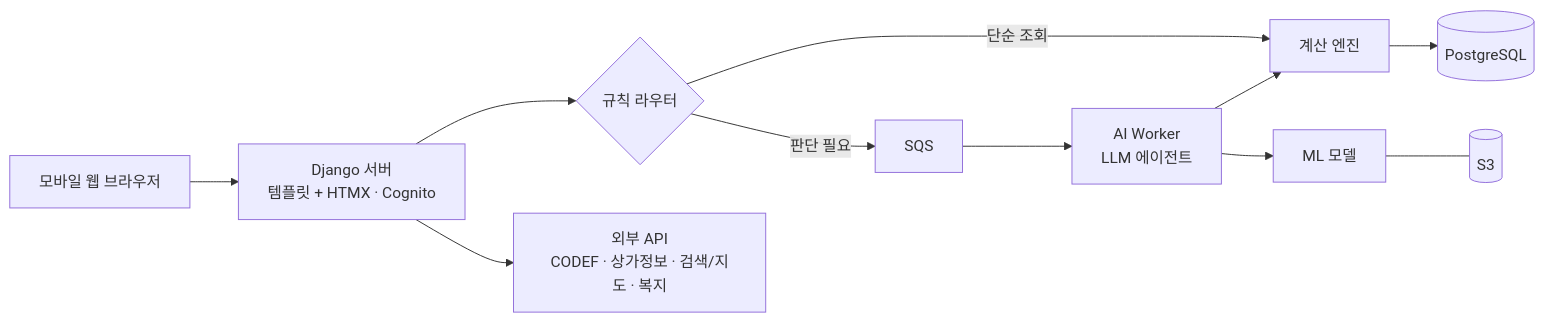
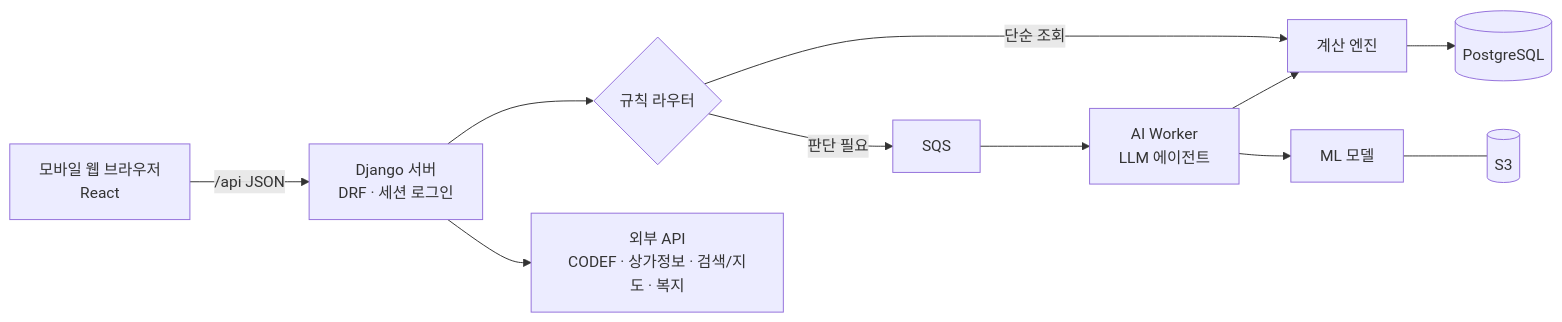
One commit to 20260528-skn-family-ai-33/SKN33-Final-4Team changed the diagram in README.md. Above: the diagram before and after it, drawn with Mermaid. The commit also changed other lines of this file and 6 other files, not shown here.

Commit message:
2026.10.19/김나은/문서 React+Django API 기준으로 정리, Cognito→자체 회원·세션 로그인, django-htmx 제거

````diff
--- a/README.md
+++ b/README.md
@@ -48,12 +48,12 @@
 ```mermaid
 flowchart LR
-    U[모바일 웹 브라우저] --> API[Django 서버<br/>템플릿 + HTMX · Cognito]
+    U[모바일 웹 브라우저<br/>React] -- /api JSON --> API[Django 서버<br/>DRF · 세션 로그인]
     API --> R{규칙 라우터}
     R -- 단순 조회 --> E[계산 엔진]
     R -- 판단 필요 --> Q[SQS] --> W[AI Worker<br/>LLM 에이전트]
     W --> E
     W --> ML[ML 모델]
     E --> DB[(PostgreSQL)]
     ML --- S3[(S3)]
     API --> EXT[외부 API<br/>CODEF · 상가정보 · 검색/지도 · 복지]
 ```
````
